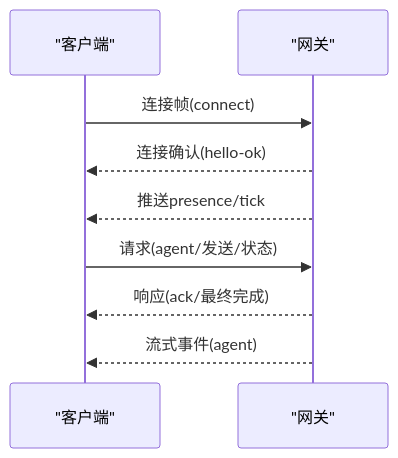
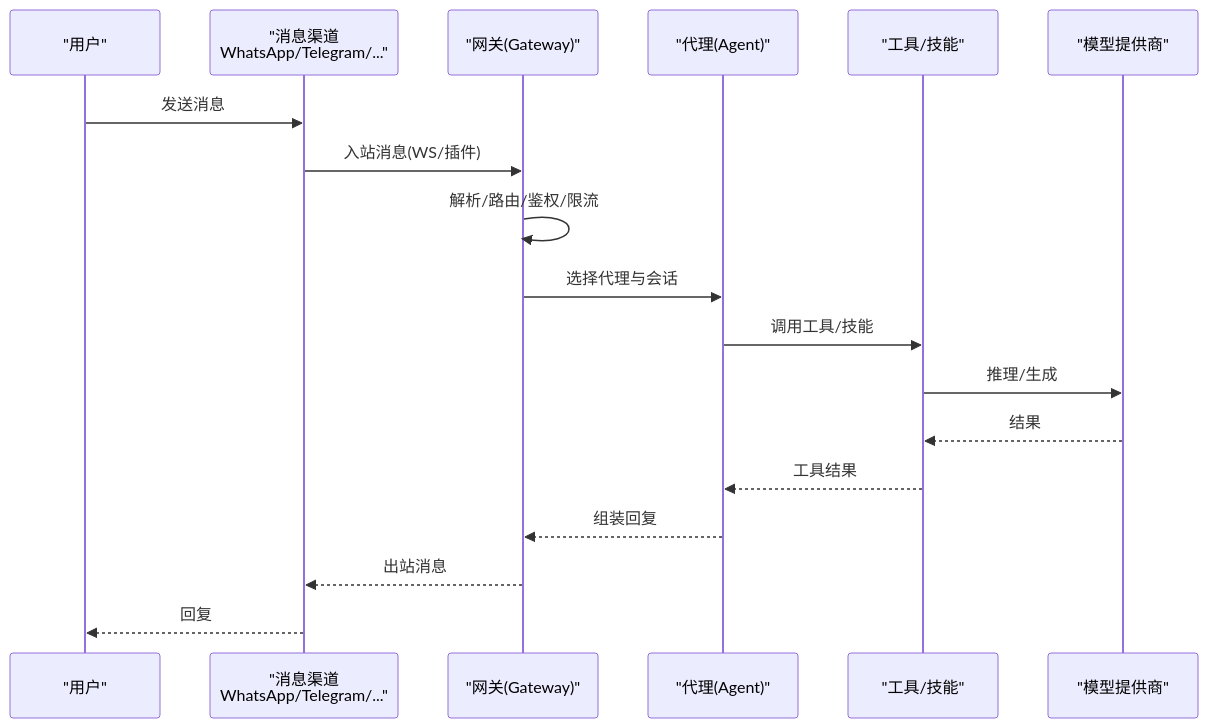
The second of 5 diagrams in .qoder/repowiki/zh/content/项目概述/项目概述.md (HACK-WU/openclaw), drawn with Mermaid before and after one commit. The commit also changed other lines of this file and 549 other files, not shown here.

````diff
--- a/.qoder/repowiki/zh/content/项目概述/项目概述.md
+++ b/.qoder/repowiki/zh/content/项目概述/项目概述.md
@@ -174,11 +127,20 @@
 ```mermaid
 sequenceDiagram
-participant Client as "客户端"
-participant Gateway as "网关"
-Client->>Gateway : 连接帧(connect)
-Gateway-->>Client : 连接确认(hello-ok)
-Gateway-->>Client : 推送presence/tick
-Client->>Gateway : 请求(agent/发送/状态)
-Gateway-->>Client : 响应(ack/最终完成)
-Gateway-->>Client : 流式事件(agent)
+participant U as "用户"
+participant CH as "消息渠道<br/>WhatsApp/Telegram/..."
+participant GW as "网关(Gateway)"
+participant AG as "代理(Agent)"
+participant TK as "工具/技能"
+participant LLM as "模型提供商"
+U->>CH : 发送消息
+CH->>GW : 入站消息(WS/插件)
+GW->>GW : 解析/路由/鉴权/限流
+GW->>AG : 选择代理与会话
+AG->>TK : 调用工具/技能
+TK->>LLM : 推理/生成
+LLM-->>TK : 结果
+TK-->>AG : 工具结果
+AG-->>GW : 组装回复
+GW-->>CH : 出站消息
+CH-->>U : 回复
 ```
````
